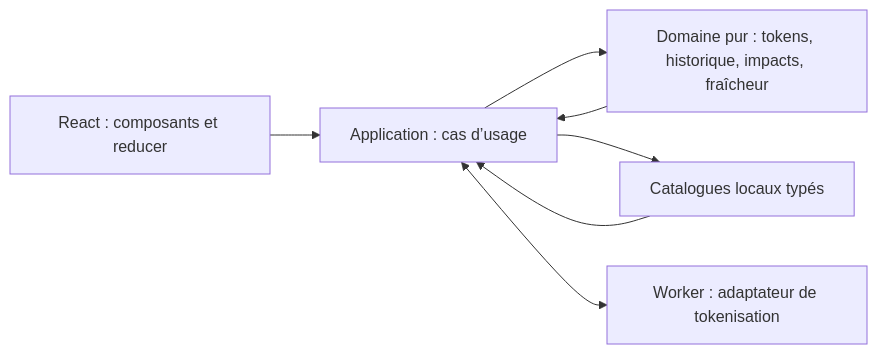
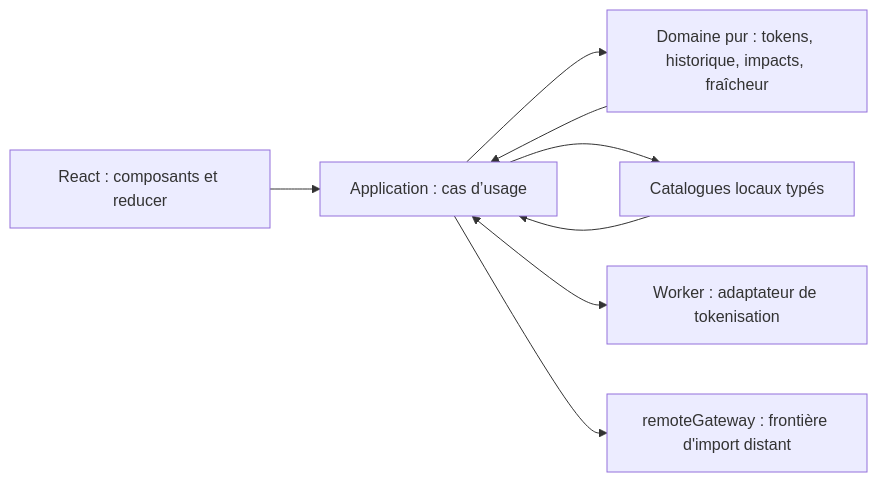
One commit to felixmortas/ai-inf-calculator changed the first of 3 diagrams in _bmad-output/planning-artifacts/architecture/architecture-ai-env-impact-calculator-2026-09-18/ARCHITECTURE-SPINE.md. Above: the diagram before and after it, drawn with Mermaid. The commit also changed other lines of this file and 12 other files, not shown here.

````diff
--- a/_bmad-output/planning-artifacts/architecture/architecture-ai-env-impact-calculator-2026-09-18/ARCHITECTURE-SPINE.md
+++ b/_bmad-output/planning-artifacts/architecture/architecture-ai-env-impact-calculator-2026-09-18/ARCHITECTURE-SPINE.md
@@ -24,9 +25,10 @@
 ```mermaid
 flowchart LR
   UI[React : composants et reducer] --> APP[Application : cas d’usage]
   APP --> DOMAIN[Domaine pur : tokens, historique, impacts, fraîcheur]
   APP --> CATALOG[Catalogues locaux typés]
   APP <--> WORKER[Worker : adaptateur de tokenisation]
+  APP --> REMOTE[remoteGateway : frontière d'import distant]
   DOMAIN --> APP
   CATALOG --> APP
 ```
````
